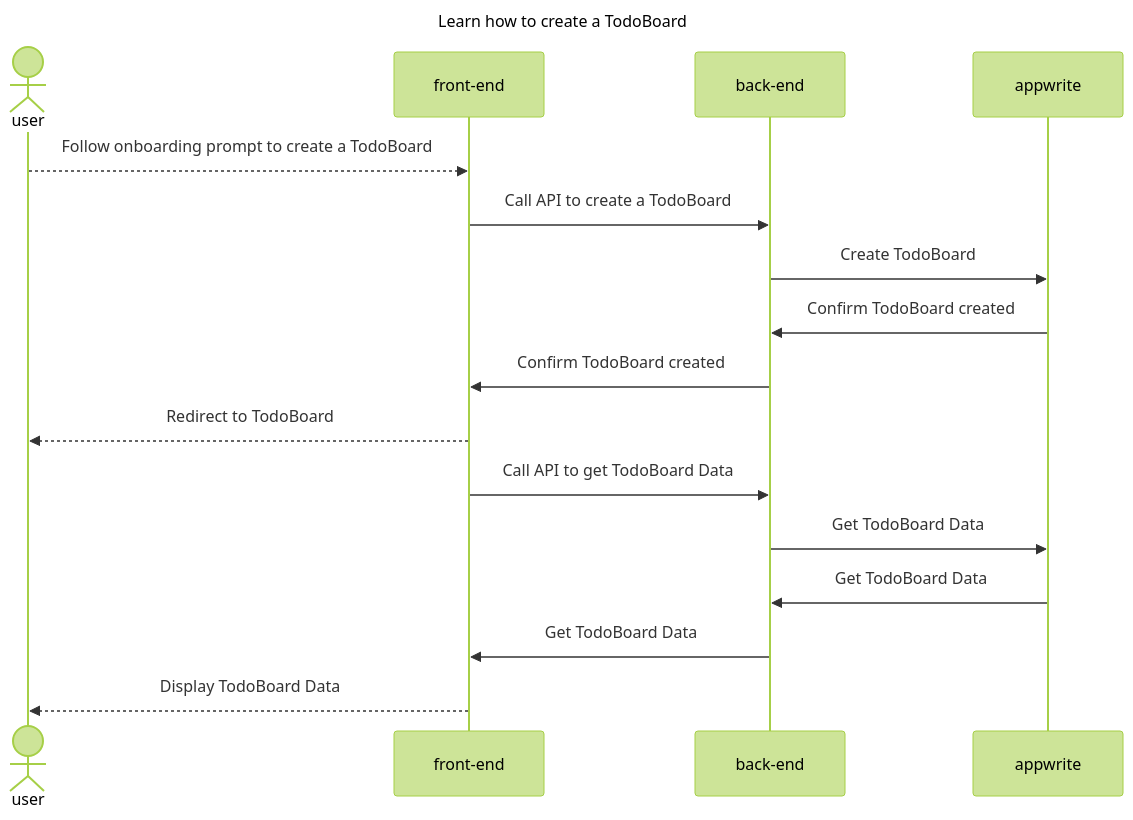
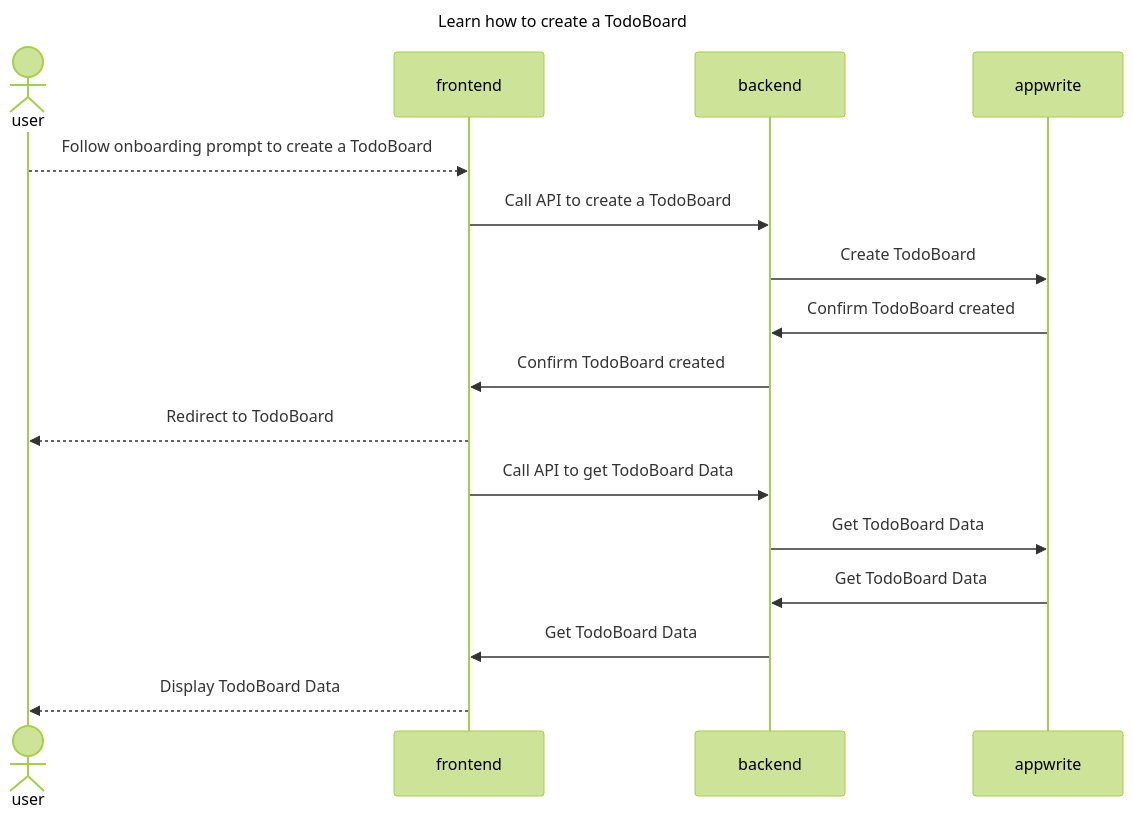
The third of 6 diagrams in docs/user-flows/account/flows/creating-an-account.md (colinfwren/atomic-todo), drawn with Mermaid (forest theme) before and after one commit. The commit also changed other lines of this file and 36 other files, not shown here.

Commit message:
Adding diagrams for user flows

````diff
--- a/docs/user-flows/account/flows/creating-an-account.md
+++ b/docs/user-flows/account/flows/creating-an-account.md
@@ -78,22 +79,22 @@
 ```mermaid
 ---
 title: Learn how to create a TodoBoard
 ---
 sequenceDiagram
     actor user
-    participant front-end
-    participant back-end
+    participant frontend
+    participant backend
     participant appwrite
 
-    user-->>front-end: Follow onboarding prompt to create a TodoBoard
-    front-end->>back-end: Call API to create a TodoBoard
-    back-end->>appwrite: Create TodoBoard
-    appwrite->>back-end: Confirm TodoBoard created
-    back-end->>front-end: Confirm TodoBoard created
-    front-end-->>user: Redirect to TodoBoard
-    front-end->>back-end: Call API to get TodoBoard Data
-    back-end->>appwrite: Get TodoBoard Data
-    appwrite->>back-end: Get TodoBoard Data
-    back-end->>front-end: Get TodoBoard Data
-    front-end-->>user: Display TodoBoard Data
+    user-->>frontend: Follow onboarding prompt to create a TodoBoard
+    frontend->>backend: Call API to create a TodoBoard
+    backend->>appwrite: Create TodoBoard
+    appwrite->>backend: Confirm TodoBoard created
+    backend->>frontend: Confirm TodoBoard created
+    frontend-->>user: Redirect to TodoBoard
+    frontend->>backend: Call API to get TodoBoard Data
+    backend->>appwrite: Get TodoBoard Data
+    appwrite->>backend: Get TodoBoard Data
+    backend->>frontend: Get TodoBoard Data
+    frontend-->>user: Display TodoBoard Data
 ```
````
